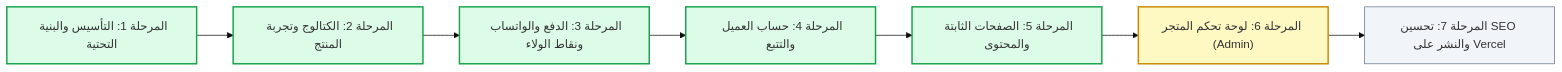
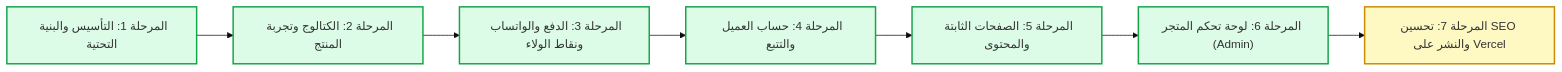
One commit to SiRacem/VAYRO-STORE changed the diagram in docs/ROADMAP.md. Above: the diagram before and after it, drawn with Mermaid (base theme). The commit also changed other lines of this file, not shown here.

Commit message:
docs: mark phase 6 complete in roadmap

````diff
--- a/docs/ROADMAP.md
+++ b/docs/ROADMAP.md
@@ -11,17 +11,17 @@
 ```mermaid
 flowchart LR
     P1["المرحلة 1: التأسيس والبنية التحتية"] --> P2["المرحلة 2: الكتالوج وتجربة المنتج"]
     P2 --> P3["المرحلة 3: الدفع والواتساب ونقاط الولاء"]
     P3 --> P4["المرحلة 4: حساب العميل والتتبع"]
     P4 --> P5["المرحلة 5: الصفحات الثابتة والمحتوى"]
     P5 --> P6["المرحلة 6: لوحة تحكم المتجر (Admin)"]
     P6 --> P7["المرحلة 7: تحسين SEO والنشر على Vercel"]
     
     style P1 fill:#dcfce7,stroke:#16a34a,stroke-width:2px
     style P2 fill:#dcfce7,stroke:#16a34a,stroke-width:2px
     style P3 fill:#dcfce7,stroke:#16a34a,stroke-width:2px
     style P4 fill:#dcfce7,stroke:#16a34a,stroke-width:2px
     style P5 fill:#dcfce7,stroke:#16a34a,stroke-width:2px
-    style P6 fill:#fef9c3,stroke:#ca8a04,stroke-width:2px
-    style P7 fill:#f1f5f9,stroke:#64748b,stroke-width:1px
+    style P6 fill:#dcfce7,stroke:#16a34a,stroke-width:2px
+    style P7 fill:#fef9c3,stroke:#ca8a04,stroke-width:2px
 ```
````
